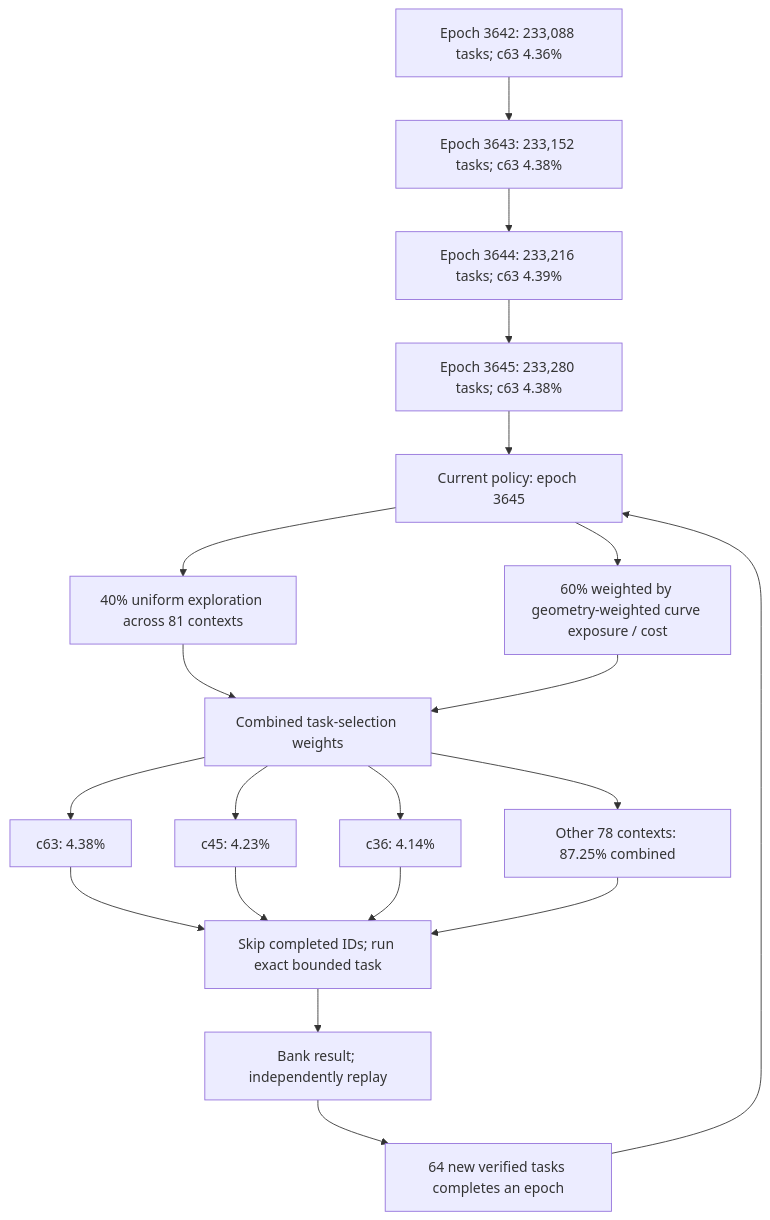
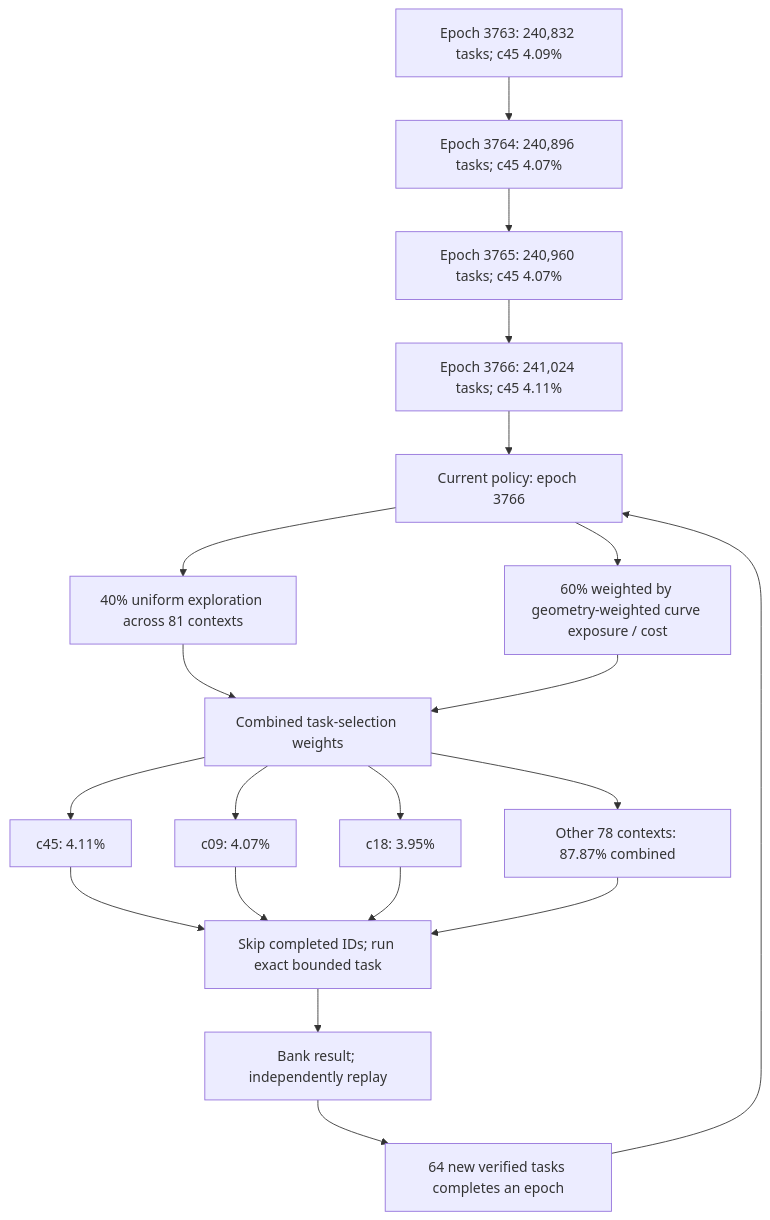
One commit to Kuberwastaken/math-gambling changed the first of 3 diagrams in README.md. Above: the diagram before and after it, drawn with Mermaid. The commit also changed other lines of this file and 13754 other files, not shown here.

````diff
--- a/README.md
+++ b/README.md
@@ -60,27 +60,27 @@
 ```mermaid
 flowchart TD
-    H0["Epoch 3642: 233,088 tasks; c63 4.36%"]
-    H1["Epoch 3643: 233,152 tasks; c63 4.38%"]
+    H0["Epoch 3763: 240,832 tasks; c45 4.09%"]
+    H1["Epoch 3764: 240,896 tasks; c45 4.07%"]
     H0 --> H1
-    H2["Epoch 3644: 233,216 tasks; c63 4.39%"]
+    H2["Epoch 3765: 240,960 tasks; c45 4.07%"]
     H1 --> H2
-    H3["Epoch 3645: 233,280 tasks; c63 4.38%"]
+    H3["Epoch 3766: 241,024 tasks; c45 4.11%"]
     H2 --> H3
-    Policy["Current policy: epoch 3645"]
+    Policy["Current policy: epoch 3766"]
     H3 --> Policy
     Policy --> Explore["40% uniform exploration across 81 contexts"]
     Policy --> Cost["60% weighted by geometry-weighted curve exposure / cost"]
     Explore --> Mix["Combined task-selection weights"]
     Cost --> Mix
-    Mix --> C0["c63: 4.38%"]
-    Mix --> C1["c45: 4.23%"]
-    Mix --> C2["c36: 4.14%"]
-    Mix --> Rest["Other 78 contexts: 87.25% combined"]
+    Mix --> C0["c45: 4.11%"]
+    Mix --> C1["c09: 4.07%"]
+    Mix --> C2["c18: 3.95%"]
+    Mix --> Rest["Other 78 contexts: 87.87% combined"]
     C0 --> Check["Skip completed IDs; run exact bounded task"]
     C1 --> Check
     C2 --> Check
     Rest --> Check
     Check --> Replay["Bank result; independently replay"]
     Replay --> Gate["64 new verified tasks completes an epoch"]
     Gate --> Policy
 ```
````
